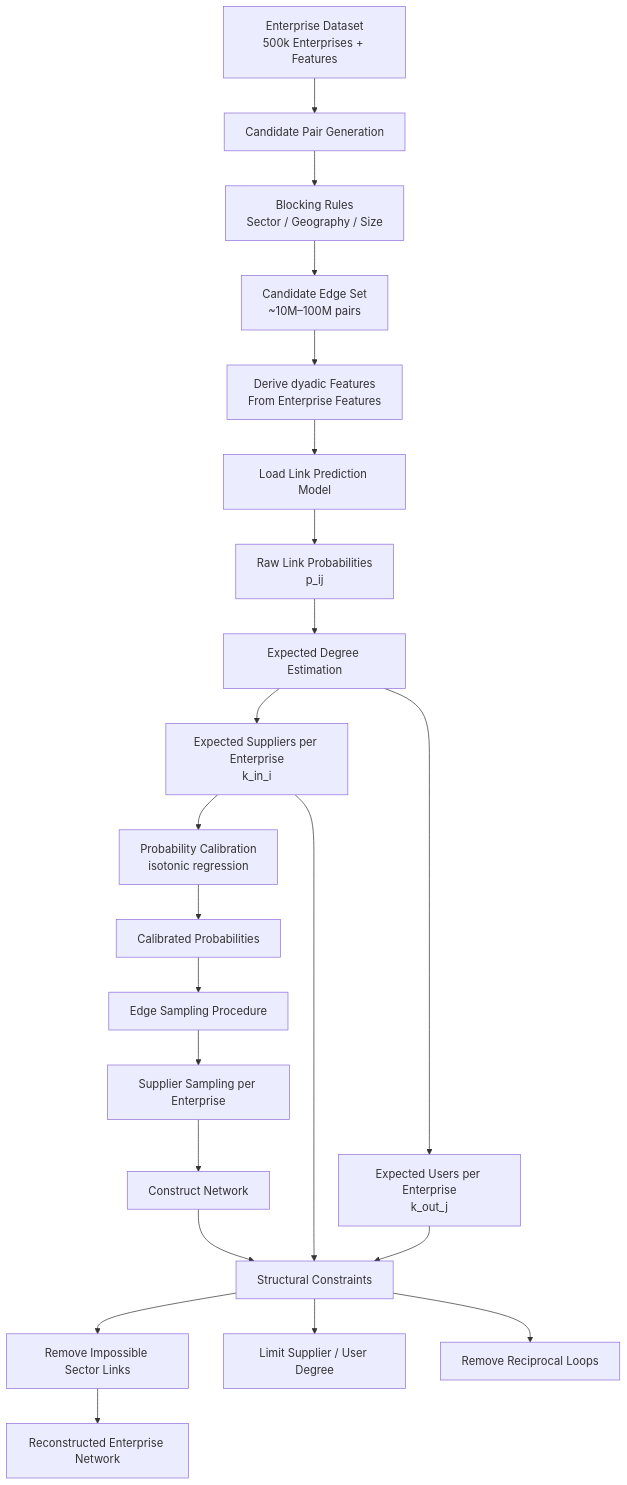
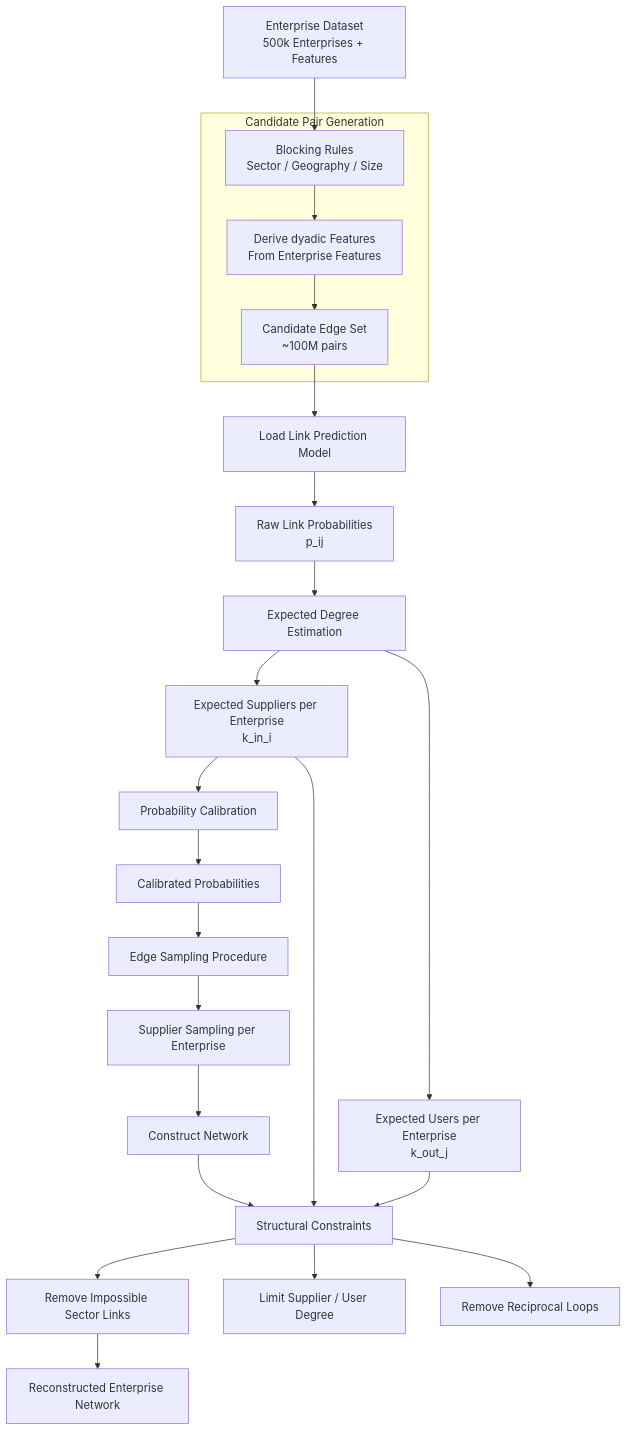
One commit to SNStatComp/AIML4OS_WP11_reconstruction changed the diagram in README.md. Above: the diagram before and after it, drawn with Mermaid. The commit also changed 1 other file, not shown here.

````diff
--- a/README.md
+++ b/README.md
@@ -6,63 +6,66 @@
 ```mermaid
 flowchart TD
 
 
-A[Enterprise Dataset<br>500k Enterprises + Features] --> B[Candidate Pair Generation]
+A[Enterprise Dataset<br>500k Enterprises + Features] --> B1
 
-B --> B1[Blocking Rules<br>Sector / Geography / Size]
+subgraph SG1[Candidate Pair Generation]
+
+B1[Blocking Rules<br>Sector / Geography / Size]
 %% B --> B2[ANN Search<br>Embeddings + FAISS/HNSW]
 
-B1 --> C[Candidate Edge Set<br>~10M–100M pairs]
+C2 --> C1[Candidate Edge Set<br>~100M pairs]
 
-C --> C1[Derive dyadic Features<br>From Enterprise Features]
+B1 --> C2[Derive dyadic Features<br>From Enterprise Features]
 %% B2 --> C
+end
 
 D[Load Link Prediction Model]
 C1 --> D
 D --> E[Raw Link Probabilities<br>p_ij]
 
 E --> H[Expected Degree Estimation]
 
 H --> H1[Expected Suppliers per Enterprise<br>k_in_i]
 H --> H2[Expected Users per Enterprise<br>k_out_j]
 
-H1 --> F[Probability Calibration <br> isotonic regression]
+H1 --> F[Probability Calibration]
 
 %% H --> F[Probability Calibration]
 
 %% F --> F1[Platt Scaling]
 %% F --> F2[Calibration<br> _Beta Calibration_ ]
 %% F --> F3[Isotonic Regression]
 
 F --> G[Calibrated Probabilities]
 %% F1 --> G[Calibrated Probabilities]
 %% F2 --> G[Calibrated Probabilities]
 %% F3 --> G
 
 G --> J[Edge Sampling Procedure]
 
 %% I --> I1[Fitness Scaling<br>Enterprise Size / Revenue]
 %% I --> I2[Sector Block Matrix<br>Input-Output Constraints]
 %% I --> I3[Geographic Decay, from model]
 
 %% I1 --> J
 %% I2 --> J
 %% I3 --> J
 
 J --> J1[Supplier Sampling per Enterprise]
 %% J --> J2[Probabilistic Edge Sampling]
 
 J1 --> K[Construct Network]
 %% J2 --> K
 
 H1 --> L
 H2 --> L
 
 K --> L[Structural Constraints]
 
 L --> L1[Remove Impossible Sector Links]
 L --> L2[Limit Supplier / User Degree]
 L --> L3[Remove Reciprocal Loops]
 
 L1 --> M[Reconstructed Enterprise Network]
 ```
````
